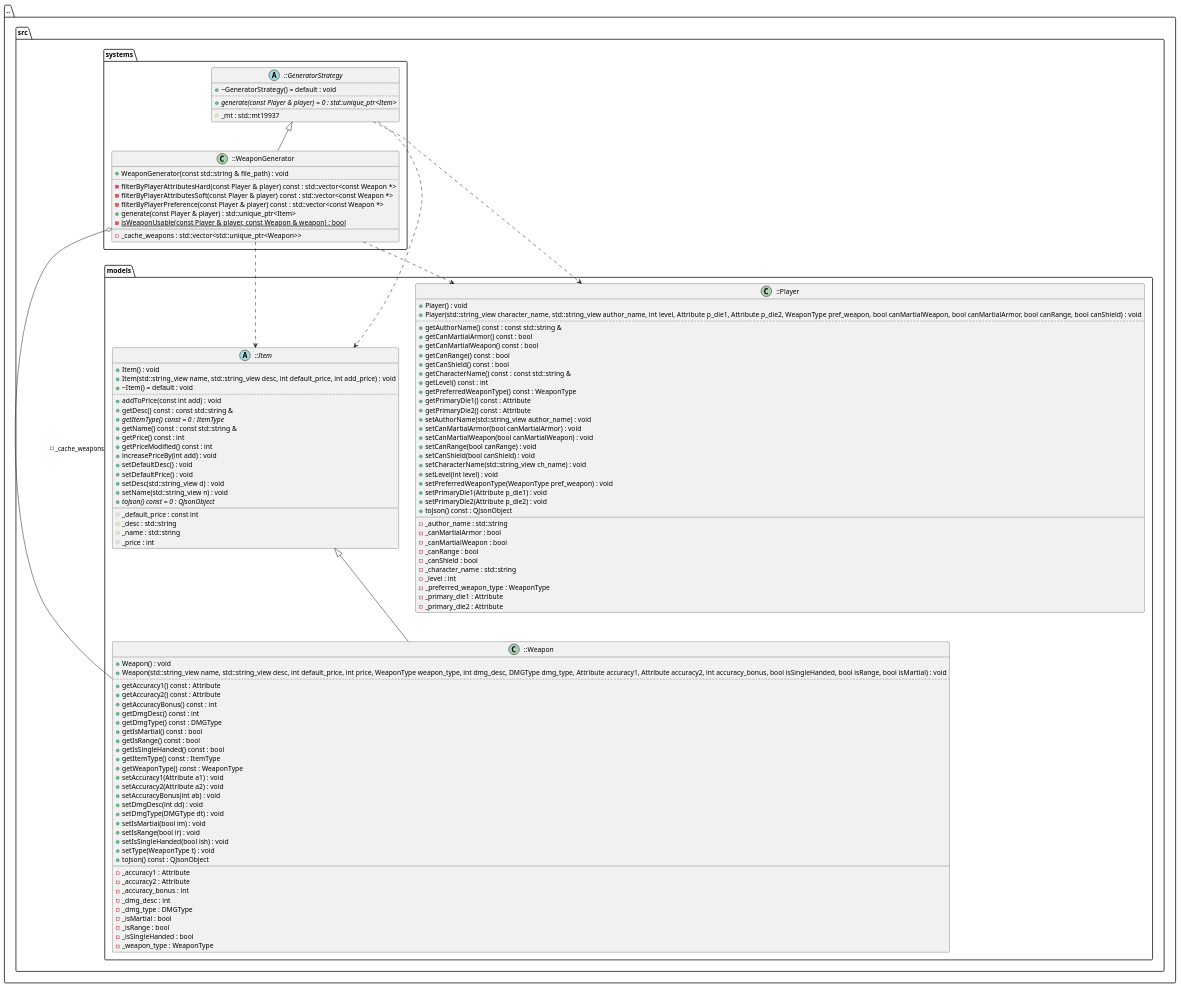
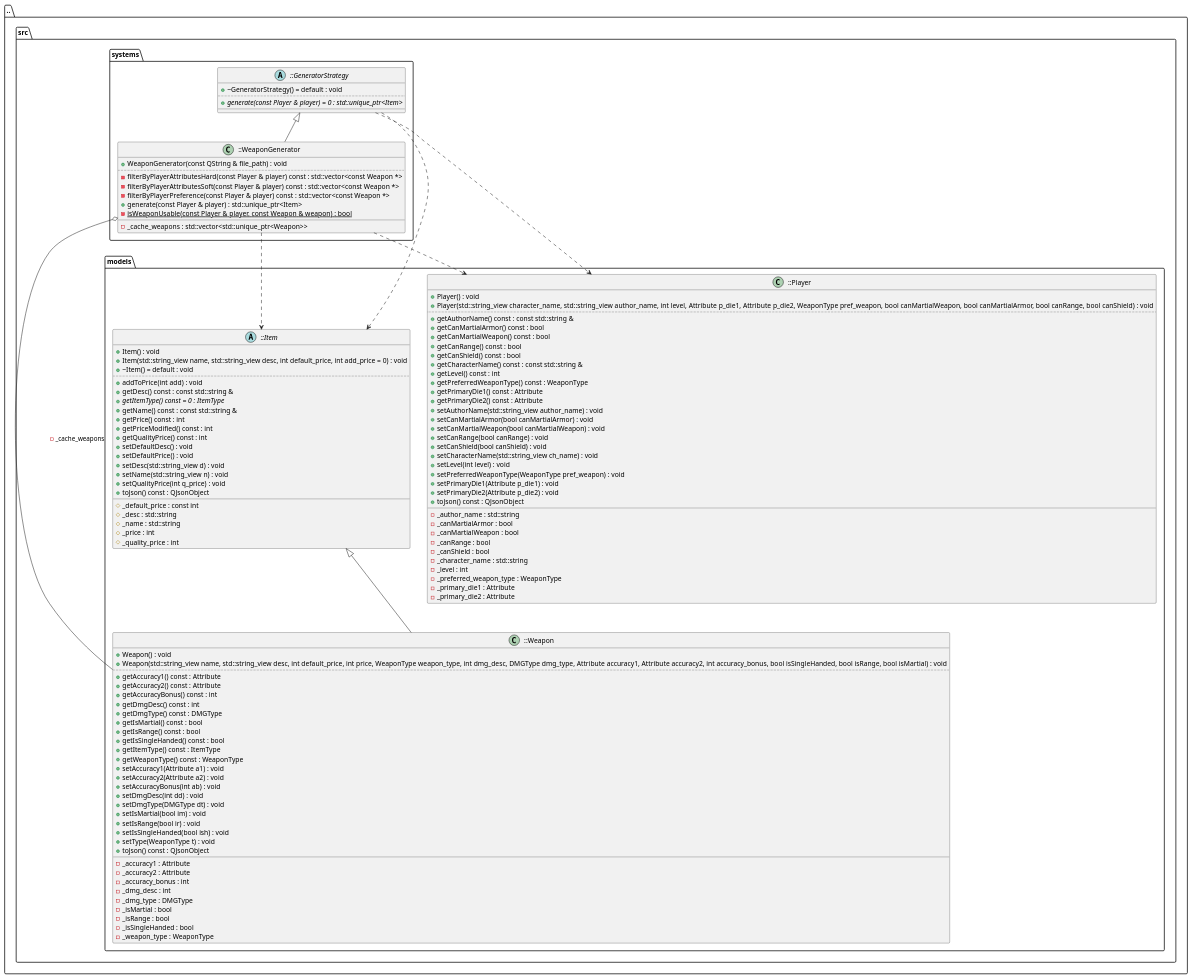
Before and after one commit to FasolowySpioch/faubla-ultima-item-generator: the diagram in docs/diagrams/WeaponGenerator_diagram.puml, drawn with PlantUML. The commit also changed 36 other files, not shown here.

Commit message:
diagrams

```diff
--- a/docs/diagrams/WeaponGenerator_diagram.puml
+++ b/docs/diagrams/WeaponGenerator_diagram.puml
@@ -1,138 +1,139 @@
 @startuml
 package [..] as C_0016431317663134048372 {
 package [src] as C_0010634688166860467214 {
 package [models] as C_0001626712604113445200 {
 abstract "::Item" as C_0005967165952864249862
 abstract C_0005967165952864249862 {
 +Item() : void
-+Item(std::string_view name, std::string_view desc, int default_price, int add_price) : void
++Item(std::string_view name, std::string_view desc, int default_price, int add_price = 0) : void
 +~Item() = default : void
 ..
-+addToPrice(const int add) : void
++addToPrice(int add) : void
 +getDesc() const : const std::string &
 {abstract} +getItemType() const = 0 : ItemType
 +getName() const : const std::string &
 +getPrice() const : int
 +getPriceModified() const : int
-+increasePriceBy(int add) : void
++getQualityPrice() const : int
 +setDefaultDesc() : void
 +setDefaultPrice() : void
 +setDesc(std::string_view d) : void
 +setName(std::string_view n) : void
-{abstract} +toJson() const = 0 : QJsonObject
++setQualityPrice(int q_price) : void
++toJson() const : QJsonObject
 __
 #_default_price : const int
 #_desc : std::string
 #_name : std::string
 #_price : int
+#_quality_price : int
 }
 class "::Weapon" as C_0009880302970961535201
 class C_0009880302970961535201 {
 +Weapon() : void
 +Weapon(std::string_view name, std::string_view desc, int default_price, int price, WeaponType weapon_type, int dmg_desc, DMGType dmg_type, Attribute accuracy1, Attribute accuracy2, int accuracy_bonus, bool isSingleHanded, bool isRange, bool isMartial) : void
 ..
 +getAccuracy1() const : Attribute
 +getAccuracy2() const : Attribute
 +getAccuracyBonus() const : int
 +getDmgDesc() const : int
 +getDmgType() const : DMGType
 +getIsMartial() const : bool
 +getIsRange() const : bool
 +getIsSingleHanded() const : bool
 +getItemType() const : ItemType
 +getWeaponType() const : WeaponType
 +setAccuracy1(Attribute a1) : void
 +setAccuracy2(Attribute a2) : void
 +setAccuracyBonus(int ab) : void
 +setDmgDesc(int dd) : void
 +setDmgType(DMGType dt) : void
 +setIsMartial(bool im) : void
 +setIsRange(bool ir) : void
 +setIsSingleHanded(bool ish) : void
 +setType(WeaponType t) : void
 +toJson() const : QJsonObject
 __
 -_accuracy1 : Attribute
 -_accuracy2 : Attribute
 -_accuracy_bonus : int
 -_dmg_desc : int
 -_dmg_type : DMGType
 -_isMartial : bool
 -_isRange : bool
 -_isSingleHanded : bool
 -_weapon_type : WeaponType
 }
 class "::Player" as C_0003692324345213718176
 class C_0003692324345213718176 {
 +Player() : void
 +Player(std::string_view character_name, std::string_view author_name, int level, Attribute p_die1, Attribute p_die2, WeaponType pref_weapon, bool canMartialWeapon, bool canMartialArmor, bool canRange, bool canShield) : void
 ..
 +getAuthorName() const : const std::string &
 +getCanMartialArmor() const : bool
 +getCanMartialWeapon() const : bool
 +getCanRange() const : bool
 +getCanShield() const : bool
 +getCharacterName() const : const std::string &
 +getLevel() const : int
 +getPreferredWeaponType() const : WeaponType
 +getPrimaryDie1() const : Attribute
 +getPrimaryDie2() const : Attribute
 +setAuthorName(std::string_view author_name) : void
 +setCanMartialArmor(bool canMartialArmor) : void
 +setCanMartialWeapon(bool canMartialWeapon) : void
 +setCanRange(bool canRange) : void
 +setCanShield(bool canShield) : void
 +setCharacterName(std::string_view ch_name) : void
 +setLevel(int level) : void
 +setPreferredWeaponType(WeaponType pref_weapon) : void
 +setPrimaryDie1(Attribute p_die1) : void
 +setPrimaryDie2(Attribute p_die2) : void
 +toJson() const : QJsonObject
 __
 -_author_name : std::string
 -_canMartialArmor : bool
 -_canMartialWeapon : bool
 -_canRange : bool
 -_canShield : bool
 -_character_name : std::string
 -_level : int
 -_preferred_weapon_type : WeaponType
 -_primary_die1 : Attribute
 -_primary_die2 : Attribute
 }
 }
 package [systems] as C_0016692703261607978348 {
 abstract "::GeneratorStrategy" as C_0003391557478520177739
 abstract C_0003391557478520177739 {
 +~GeneratorStrategy() = default : void
 ..
 {abstract} +generate(const Player & player) = 0 : std::unique_ptr<Item>
 __
-#_mt : std::mt19937
 }
 class "::WeaponGenerator" as C_0004150406585329947926
 class C_0004150406585329947926 {
-+WeaponGenerator(const std::string & file_path) : void
++WeaponGenerator(const QString & file_path) : void
 ..
 -filterByPlayerAttributesHard(const Player & player) const : std::vector<const Weapon *>
 -filterByPlayerAttributesSoft(const Player & player) const : std::vector<const Weapon *>
 -filterByPlayerPreference(const Player & player) const : std::vector<const Weapon *>
 +generate(const Player & player) : std::unique_ptr<Item>
 {static} -isWeaponUsable(const Player & player, const Weapon & weapon) : bool
 __
 -_cache_weapons : std::vector<std::unique_ptr<Weapon>>
 }
 }
 }
 }
 C_0005967165952864249862 <|-- C_0009880302970961535201
 C_0003391557478520177739 ..> C_0003692324345213718176
 C_0003391557478520177739 ..> C_0005967165952864249862
 C_0004150406585329947926 ..> C_0003692324345213718176
 C_0004150406585329947926 ..> C_0005967165952864249862
 C_0004150406585329947926 o-- C_0009880302970961535201 : -_cache_weapons
 C_0003391557478520177739 <|-- C_0004150406585329947926
 
 'Generated with clang-uml, version 0.6.2
 'LLVM version clang version 20.1.7 (https://github.com/llvm/llvm-project.git 6146a88f60492b520a36f8f8f3231e15f3cc6082)
 @enduml
```
